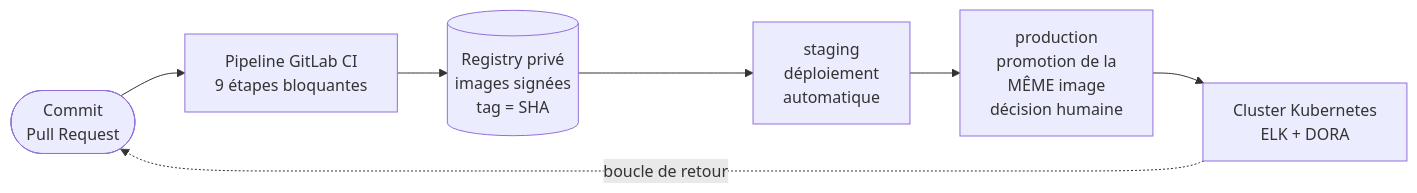
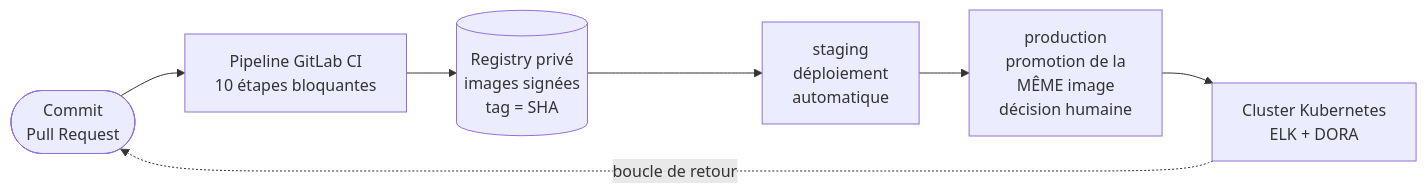
Before and after one commit to TedPasquiet/G-rez-le-cycle-de-vie-de-d-veloppement-logiciel: the diagram in docs/schemas/chaine-livraison.mmd, drawn with Mermaid. The commit also changed 33 other files, not shown here.

```diff
--- a/docs/schemas/chaine-livraison.mmd
+++ b/docs/schemas/chaine-livraison.mmd
@@ -1,13 +1,13 @@
 %% Schéma — Vue d'ensemble — du commit à la production.
 %% Source versionnée du bloc Mermaid de docs/schema-architecture.md §2.
 %% Un commit produit deux images vérifiées et signées, qui atteignent staging
 %% sans intervention, et la production sur décision humaine. Cette décision est le
 %% seul geste manuel conservé : l'automatisation supprime le geste répétitif, pas
 %% l'arbitrage de livrer.
 flowchart LR
-    dev(["Commit<br/>Pull Request"]) --> ci["Pipeline GitLab CI<br/>9 étapes bloquantes"]
+    dev(["Commit<br/>Pull Request"]) --> ci["Pipeline GitLab CI<br/>10 étapes bloquantes"]
     ci --> reg[("Registry privé<br/>images signées<br/>tag = SHA")]
     reg --> stg["staging<br/>déploiement<br/>automatique"]
     stg --> prd["production<br/>promotion de la<br/>MÊME image<br/>décision humaine"]
     prd --> obs["Cluster Kubernetes<br/>ELK + DORA"]
     obs -.->|"boucle de retour"| dev
```
